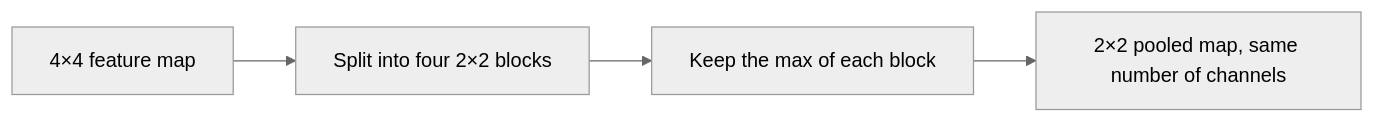
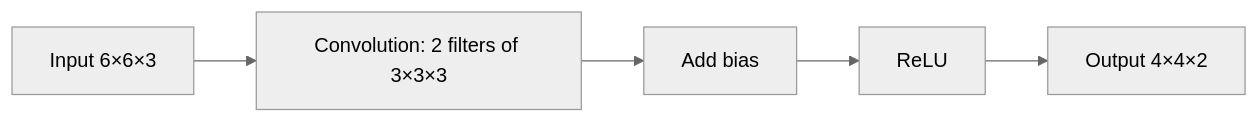
The third of 4 diagrams in content/deep-learning/notes/cnn.mdx (TrendySloth1001/sem-seven-notes), drawn with Mermaid (neutral theme) before and after one commit. The commit also changed other lines of this file and 23 other files, not shown here.

````diff
--- a/content/deep-learning/notes/cnn.mdx
+++ b/content/deep-learning/notes/cnn.mdx
@@ -532,7 +548,8 @@
 ```mermaid
-%% caption: Max pooling on one channel. Each 2×2 block of the feature map is replaced by its largest value, so a 4×4 map becomes 2×2.
+%% caption: One convolution layer with 2 filters on a 6×6×3 input. Each filter gives one 4×4 map; the maps are stacked.
 flowchart LR
-  A["4×4 feature map"] --> B["Split into four 2×2 blocks"]
-  B --> C["Keep the max of each block"]
-  C --> D["2×2 pooled map, same number of channels"]
+  A["Input 6×6×3"] --> B["Convolution: 2 filters of 3×3×3"]
+  B --> C["Add bias"]
+  C --> D["ReLU"]
+  D --> E["Output 4×4×2"]
 ```
````
